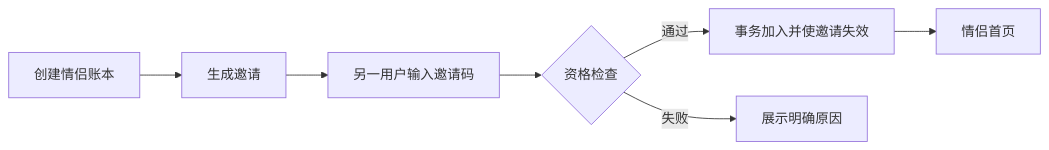
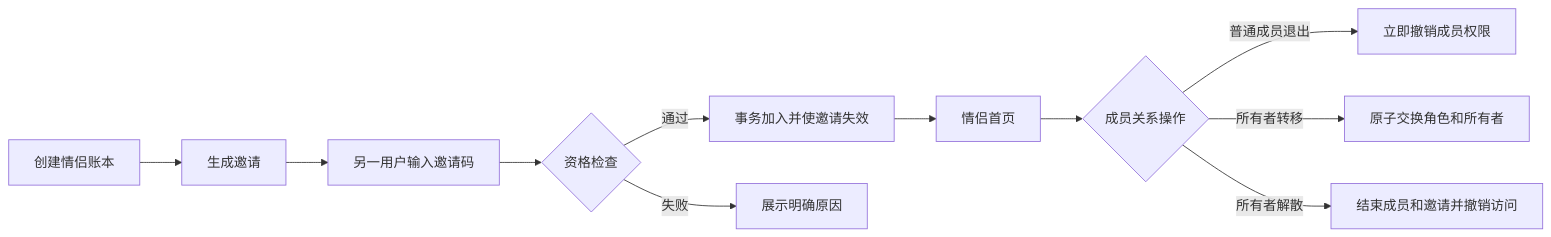
The second of 7 diagrams in docs/design/SCREEN_FLOW.md (duanap/siyu), drawn with Mermaid before and after one commit. The commit also changed 41 other files, not shown here.

````diff
--- a/docs/design/SCREEN_FLOW.md
+++ b/docs/design/SCREEN_FLOW.md
@@ -17,9 +17,13 @@
 ```mermaid
 flowchart LR
     A[创建情侣账本] --> B[生成邀请]
     B --> C[另一用户输入邀请码]
     C --> D{资格检查}
     D -->|通过| E[事务加入并使邀请失效]
     D -->|失败| F[展示明确原因]
     E --> G[情侣首页]
+    G --> H{成员关系操作}
+    H -->|普通成员退出| I[立即撤销成员权限]
+    H -->|所有者转移| J[原子交换角色和所有者]
+    H -->|所有者解散| K[结束成员和邀请并撤销访问]
 ```
````
